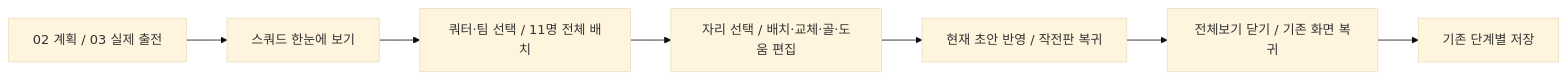
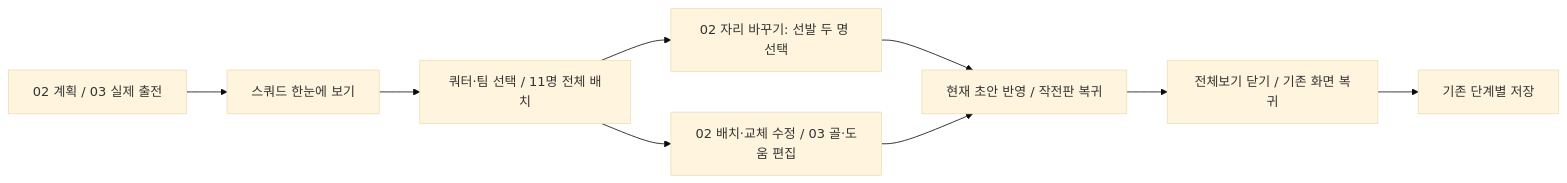
Before and after one commit to ksmlucky/jochook-on: the diagram in docs/mobile-squad-overview.md, drawn with Mermaid (base theme). The commit also changed other lines of this file and 25 other files, not shown here.

````diff
--- a/docs/mobile-squad-overview.md
+++ b/docs/mobile-squad-overview.md
@@ -17,9 +17,11 @@
 ```mermaid
 flowchart LR
   A[02 계획 / 03 실제 출전] --> B[스쿼드 한눈에 보기]
   B --> C[쿼터·팀 선택 / 11명 전체 배치]
-  C --> D[자리 선택 / 배치·교체·골·도움 편집]
+  C --> S[02 자리 바꾸기: 선발 두 명 선택]
+  S --> G
+  C --> D[02 배치·교체 수정 / 03 골·도움 편집]
   D --> G[현재 초안 반영 / 작전판 복귀]
   G --> E[전체보기 닫기 / 기존 화면 복귀]
   E --> F[기존 단계별 저장]
 ```
````
